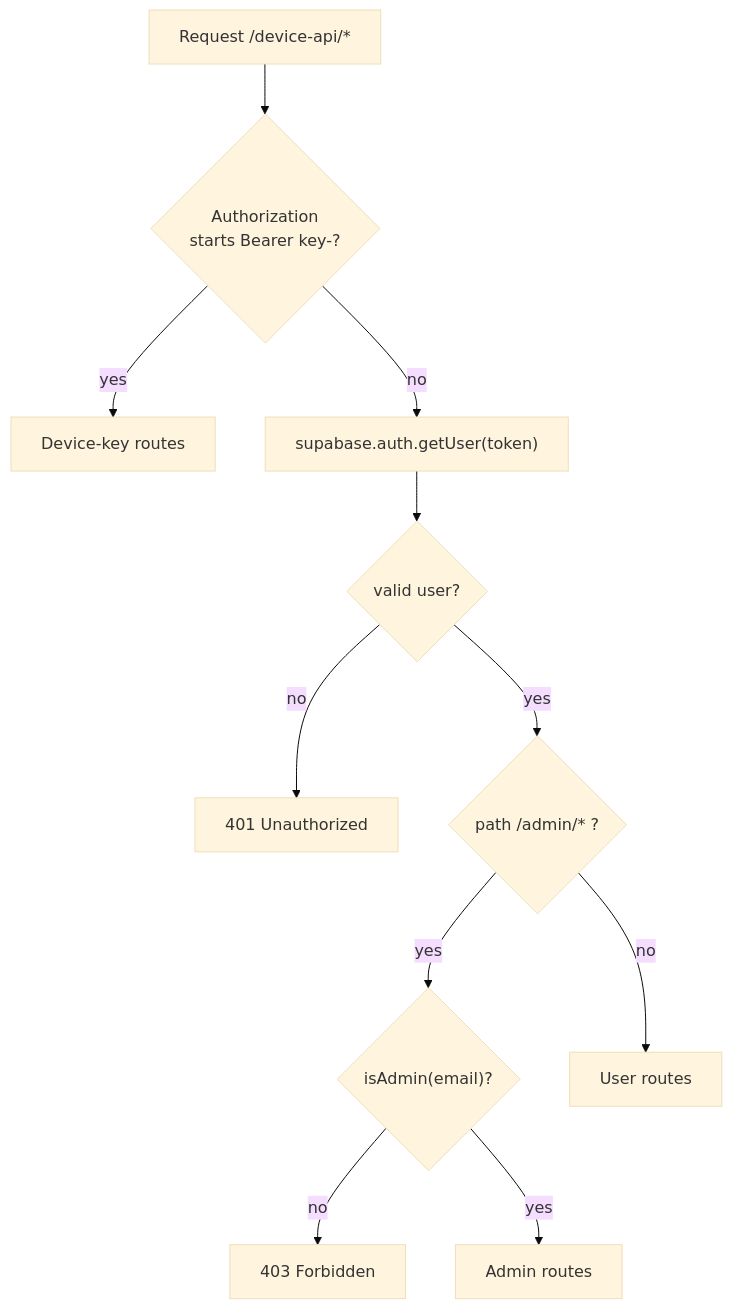
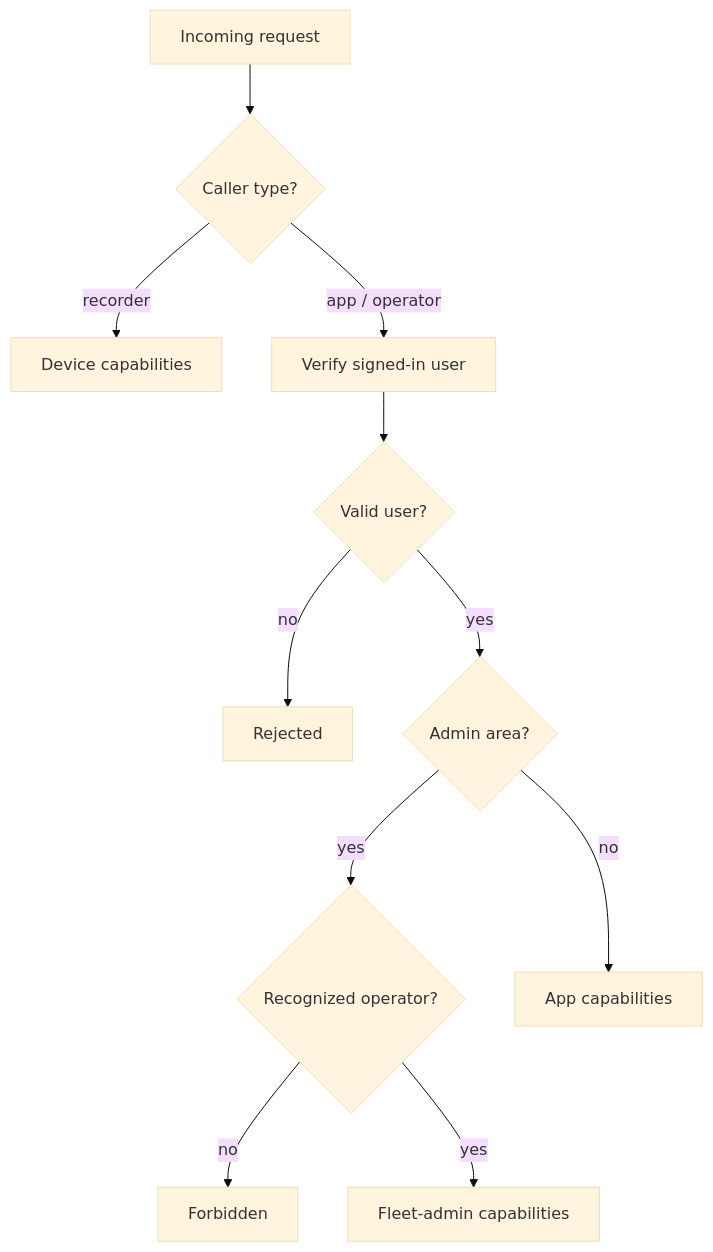
The first of 3 diagrams in docs-site/docs/reference/device-api.md (Longcao24/sate-companion), drawn with Mermaid (base theme) before and after one commit. The commit also changed other lines of this file and 17 other files, not shown here.

First line of the commit message:
docs-site: generalize published docs + add system-overview diagram

````diff
--- a/docs-site/docs/reference/device-api.md
+++ b/docs-site/docs/reference/device-api.md
@@ -54,13 +50,13 @@
 ```mermaid
 flowchart TD
-    R["Request /device-api/*"] --> K{"Authorization<br/>starts Bearer key-?"}
-    K -->|yes| DEV["Device-key routes"]
-    K -->|no| JWT["supabase.auth.getUser(token)"]
-    JWT --> V{"valid user?"}
-    V -->|no| U401["401 Unauthorized"]
-    V -->|yes| ADM{"path /admin/* ?"}
-    ADM -->|yes| GATE{"isAdmin(email)?"}
-    GATE -->|no| F403["403 Forbidden"]
-    GATE -->|yes| AR["Admin routes"]
-    ADM -->|no| USR["User routes"]
+    R["Incoming request"] --> K{"Caller type?"}
+    K -->|recorder| DEV["Device capabilities"]
+    K -->|app / operator| JWT["Verify signed-in user"]
+    JWT --> V{"Valid user?"}
+    V -->|no| U401["Rejected"]
+    V -->|yes| ADM{"Admin area?"}
+    ADM -->|yes| GATE{"Recognized operator?"}
+    GATE -->|no| F403["Forbidden"]
+    GATE -->|yes| AR["Fleet-admin capabilities"]
+    ADM -->|no| USR["App capabilities"]
 ```
````
